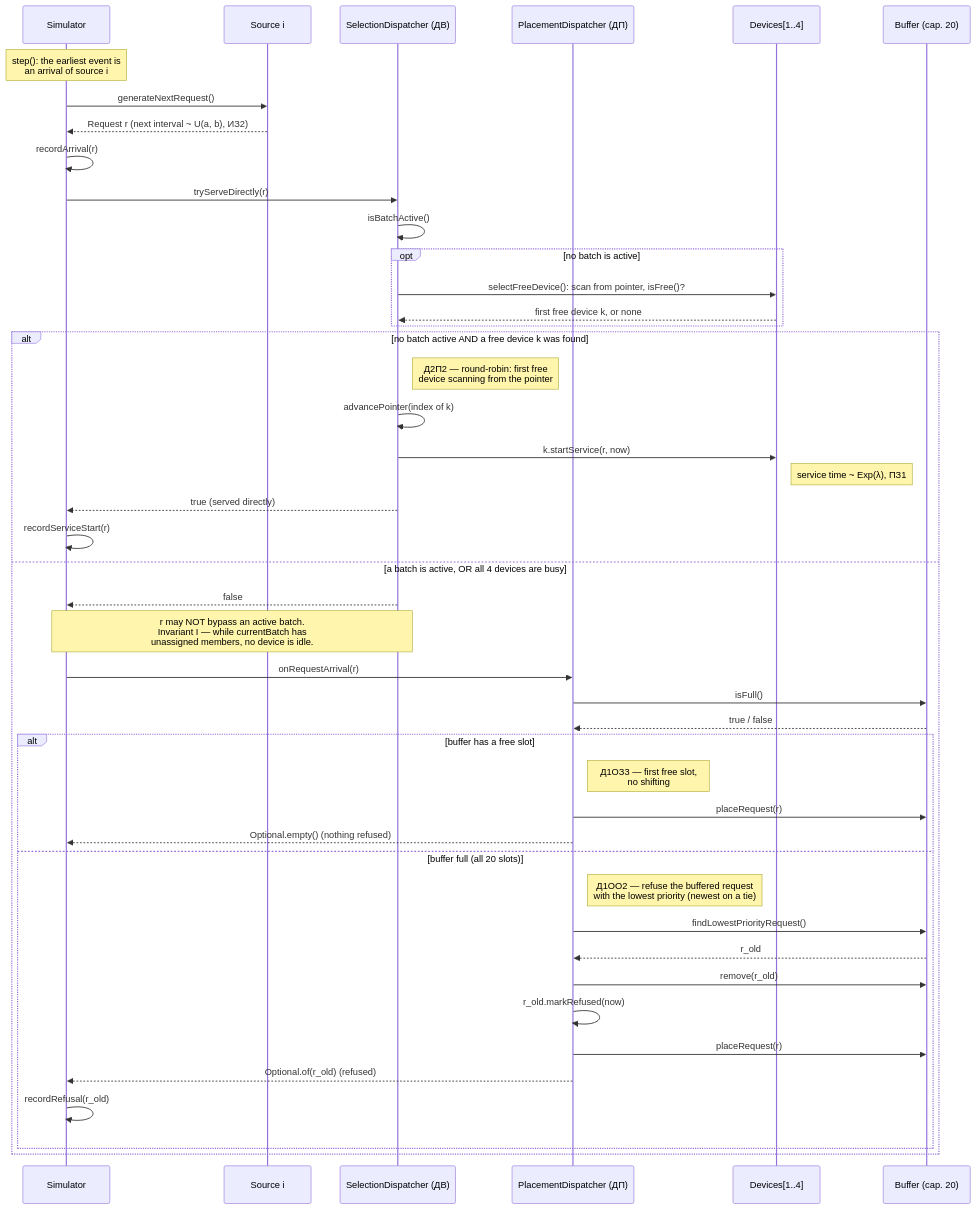
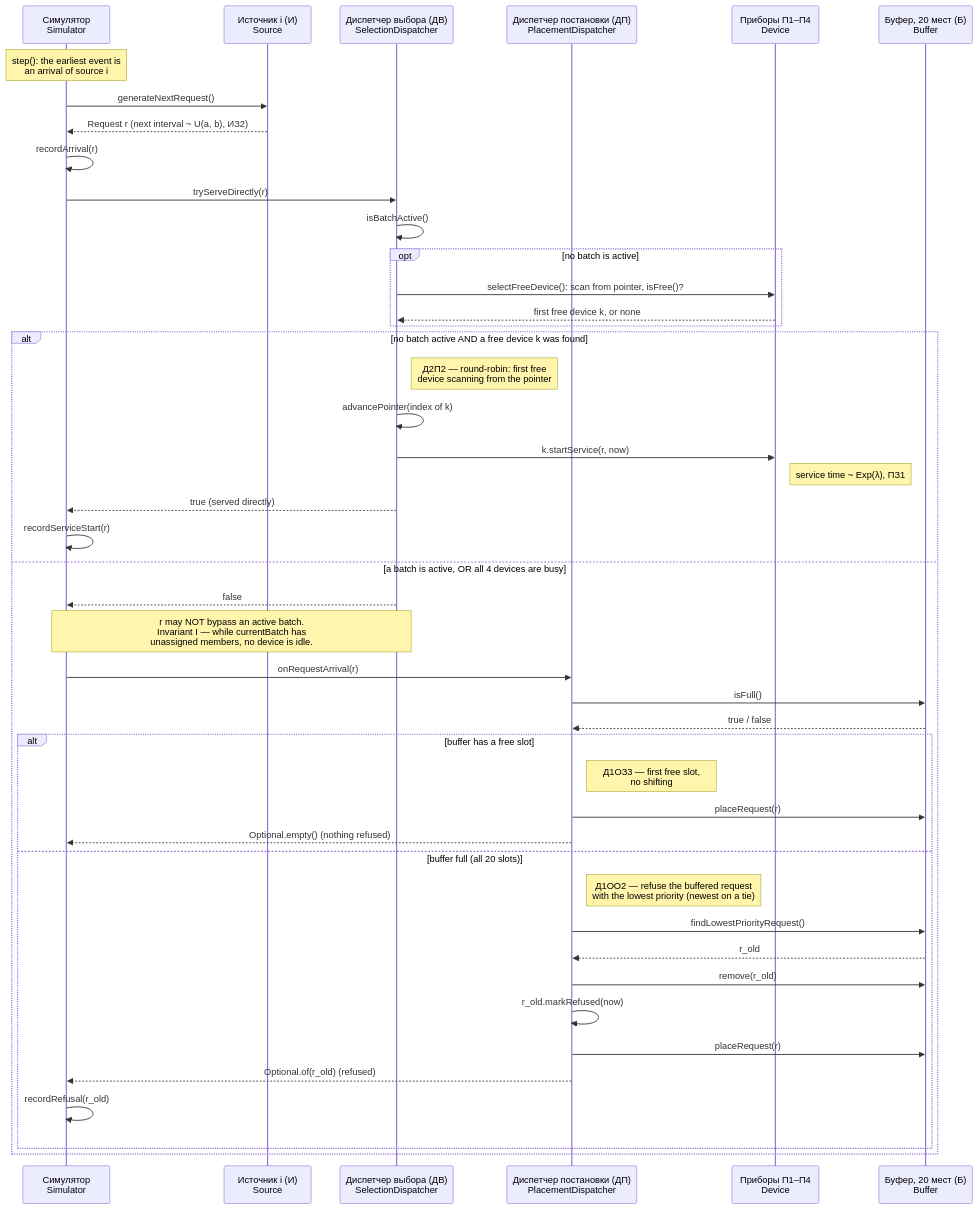
Before and after one commit to abdelrhmanbaha/smo-v24-commodity-trading: the diagram in docs/diagrams/sequence-arrival.mmd, drawn with Mermaid. The commit also changed 5 other files, not shown here.

Commit message:
Add Russian lane names to the sequence diagrams

```diff
--- a/docs/diagrams/sequence-arrival.mmd
+++ b/docs/diagrams/sequence-arrival.mmd
@@ -1,47 +1,47 @@
 sequenceDiagram
-    participant Sim as Simulator
-    participant S as Source i
-    participant ДВ as SelectionDispatcher (ДВ)
-    participant ДП as PlacementDispatcher (ДП)
-    participant D as Devices[1..4]
-    participant B as Buffer (cap. 20)
+    participant Sim as Симулятор<br/>Simulator
+    participant S as Источник i (И)<br/>Source
+    participant ДВ as Диспетчер выбора (ДВ)<br/>SelectionDispatcher
+    participant ДП as Диспетчер постановки (ДП)<br/>PlacementDispatcher
+    participant D as Приборы П1–П4<br/>Device
+    participant B as Буфер, 20 мест (Б)<br/>Buffer
 
     Note over Sim: step(): the earliest event is<br/>an arrival of source i
     Sim->>S: generateNextRequest()
     S-->>Sim: Request r (next interval ~ U(a, b), ИЗ2)
     Sim->>Sim: recordArrival(r)
     Sim->>ДВ: tryServeDirectly(r)
     ДВ->>ДВ: isBatchActive()
     opt no batch is active
         ДВ->>D: selectFreeDevice(): scan from pointer, isFree()?
         D-->>ДВ: first free device k, or none
     end
 
     alt no batch active AND a free device k was found
         Note right of ДВ: Д2П2 — round-robin: first free<br/>device scanning from the pointer
         ДВ->>ДВ: advancePointer(index of k)
         ДВ->>D: k.startService(r, now)
         Note right of D: service time ~ Exp(λ), ПЗ1
         ДВ-->>Sim: true (served directly)
         Sim->>Sim: recordServiceStart(r)
     else a batch is active, OR all 4 devices are busy
         ДВ-->>Sim: false
         Note over Sim,ДВ: r may NOT bypass an active batch.<br/>Invariant I — while currentBatch has<br/>unassigned members, no device is idle.
         Sim->>ДП: onRequestArrival(r)
         ДП->>B: isFull()
         B-->>ДП: true / false
         alt buffer has a free slot
             Note right of ДП: Д1ОЗ3 — first free slot,<br/>no shifting
             ДП->>B: placeRequest(r)
             ДП-->>Sim: Optional.empty() (nothing refused)
         else buffer full (all 20 slots)
             Note right of ДП: Д1ОО2 — refuse the buffered request<br/>with the lowest priority (newest on a tie)
             ДП->>B: findLowestPriorityRequest()
             B-->>ДП: r_old
             ДП->>B: remove(r_old)
             ДП->>ДП: r_old.markRefused(now)
             ДП->>B: placeRequest(r)
             ДП-->>Sim: Optional.of(r_old) (refused)
             Sim->>Sim: recordRefusal(r_old)
         end
     end
```
